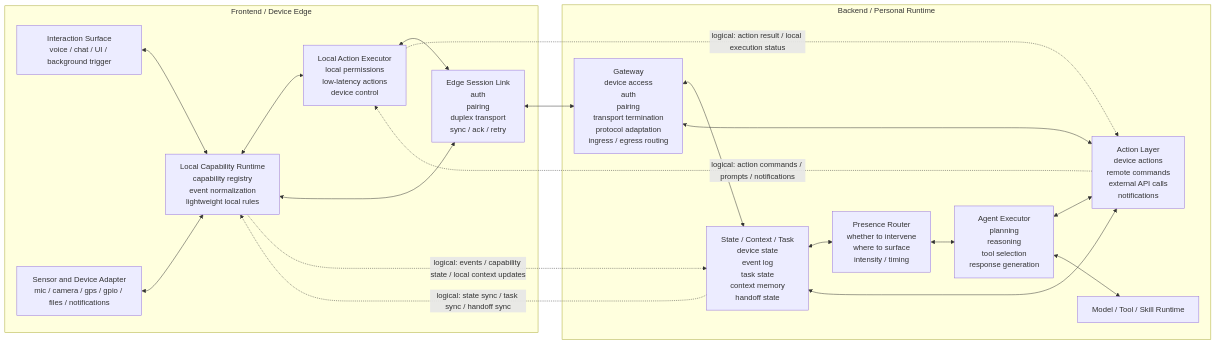
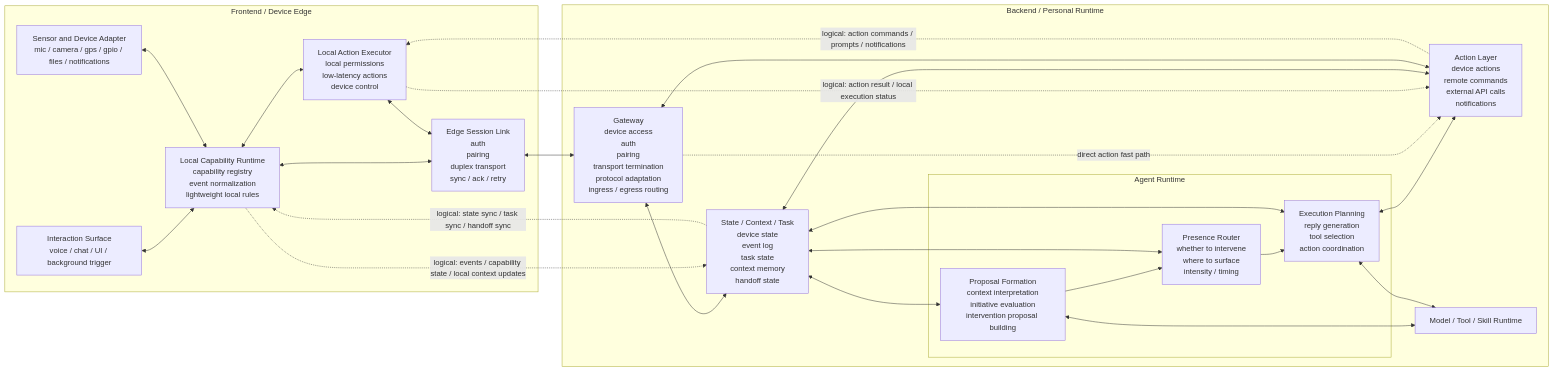
The first of 2 diagrams in docs/plans/2026-06-16-runtime-architecture-design.md (nwomn/openhalo), drawn with Mermaid before and after one commit. The commit also changed other lines of this file and 16 other files, not shown here.

Commit message:
feat: advance presence path and align agent runtime docs

````diff
--- a/docs/plans/2026-06-16-runtime-architecture-design.md
+++ b/docs/plans/2026-06-16-runtime-architecture-design.md
@@ -24,40 +24,49 @@
 ```mermaid
 flowchart LR
     subgraph FE["Frontend / Device Edge"]
         FE1["Interaction Surface<br/>voice / chat / UI / background trigger"]
         FE2["Sensor and Device Adapter<br/>mic / camera / gps / gpio / files / notifications"]
         FE3["Local Capability Runtime<br/>capability registry<br/>event normalization<br/>lightweight local rules"]
         FE4["Local Action Executor<br/>local permissions<br/>low-latency actions<br/>device control"]
         FE5["Edge Session Link<br/>auth<br/>pairing<br/>duplex transport<br/>sync / ack / retry"]
 
         FE1 <--> FE3
         FE2 <--> FE3
         FE3 <--> FE4
         FE3 <--> FE5
         FE4 <--> FE5
     end
 
     subgraph BE["Backend / Personal Runtime"]
         BE1["Gateway<br/>device access<br/>auth<br/>pairing<br/>transport termination<br/>protocol adaptation<br/>ingress / egress routing"]
         BE2["State / Context / Task<br/>device state<br/>event log<br/>task state<br/>context memory<br/>handoff state"]
-        BE3["Presence Router<br/>whether to intervene<br/>where to surface<br/>intensity / timing"]
-        BE4["Agent Executor<br/>planning<br/>reasoning<br/>tool selection<br/>response generation"]
+        subgraph BE3["Agent Runtime"]
+            AR1["Proposal Formation<br/>context interpretation<br/>initiative evaluation<br/>intervention proposal building"]
+            AR2["Presence Router<br/>whether to intervene<br/>where to surface<br/>intensity / timing"]
+            AR3["Execution Planning<br/>reply generation<br/>tool selection<br/>action coordination"]
+
+            AR1 --> AR2
+            AR2 --> AR3
+        end
         BE5["Action Layer<br/>device actions<br/>remote commands<br/>external API calls<br/>notifications"]
         BE6["Model / Tool / Skill Runtime"]
 
         BE1 <--> BE2
-        BE2 <--> BE3
-        BE3 <--> BE4
-        BE4 <--> BE5
-        BE4 <--> BE6
+        BE2 <--> AR1
+        BE2 <--> AR2
+        BE2 <--> AR3
+        AR1 <--> BE6
+        AR3 <--> BE5
+        AR3 <--> BE6
         BE5 <--> BE2
         BE5 <--> BE1
+        BE1 -. "direct action fast path" .-> BE5
     end
 
     FE5 <--> BE1
 
     FE3 -. "logical: events / capability state / local context updates" .-> BE2
     BE2 -. "logical: state sync / task sync / handoff sync" .-> FE3
     BE5 -. "logical: action commands / prompts / notifications" .-> FE4
     FE4 -. "logical: action result / local execution status" .-> BE5
 ```
````
